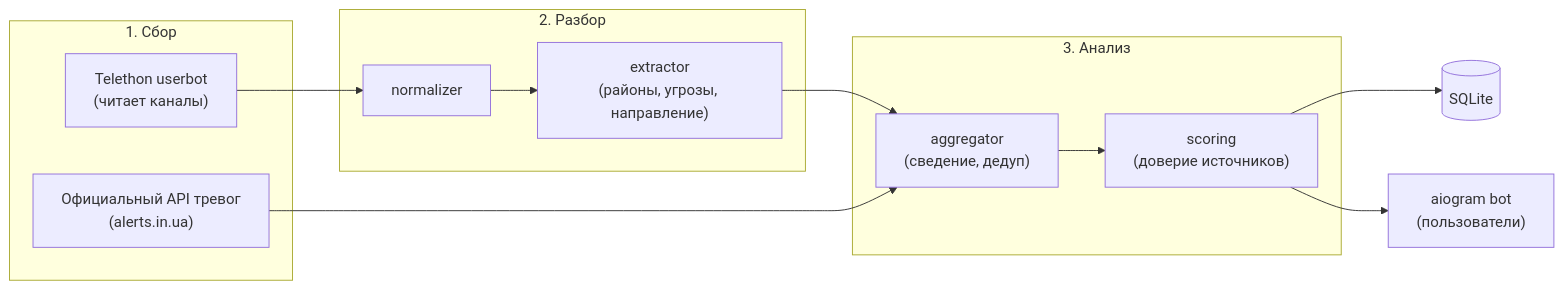
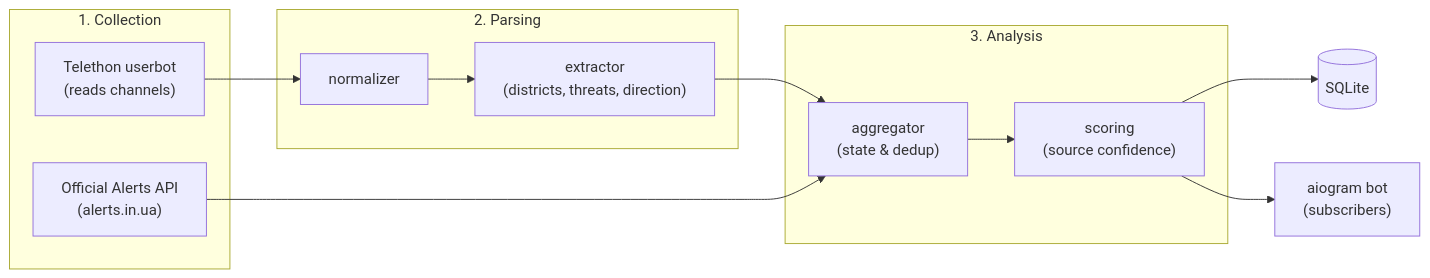
One commit to Skerpsh/Peace changed the diagram in README.md. Above: the diagram before and after it, drawn with Mermaid. The commit also changed other lines of this file and 24 other files, not shown here.

````diff
--- a/README.md
+++ b/README.md
@@ -17,21 +17,21 @@
 ```mermaid
 flowchart LR
-    subgraph Collect["1. Сбор"]
-        TG["Telethon userbot<br/>(читает каналы)"]
-        API["Официальный API тревог<br/>(alerts.in.ua)"]
+    subgraph Collect["1. Collection"]
+        TG["Telethon userbot<br/>(reads channels)"]
+        API["Official Alerts API<br/>(alerts.in.ua)"]
     end
-    subgraph Parse["2. Разбор"]
-        N["normalizer"] --> E["extractor<br/>(районы, угрозы, направление)"]
+    subgraph Parse["2. Parsing"]
+        N["normalizer"] --> E["extractor<br/>(districts, threats, direction)"]
     end
-    subgraph Analyze["3. Анализ"]
-        AG["aggregator<br/>(сведение, дедуп)"] --> SC["scoring<br/>(доверие источников)"]
+    subgraph Analyze["3. Analysis"]
+        AG["aggregator<br/>(state & dedup)"] --> SC["scoring<br/>(source confidence)"]
     end
     DB[("SQLite")]
-    BOT["aiogram bot<br/>(пользователи)"]
+    BOT["aiogram bot<br/>(subscribers)"]
 
     TG --> N
     E --> AG
     API --> AG
     SC --> DB
     SC --> BOT
 ```
````
